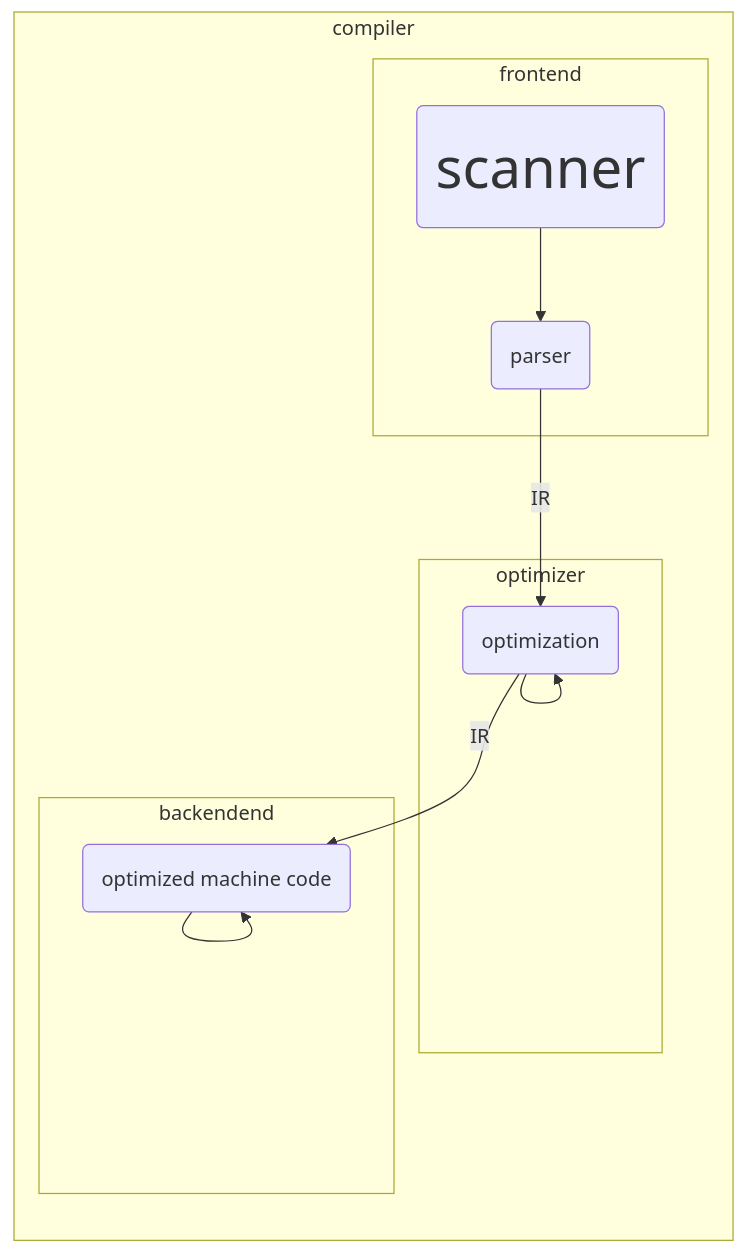
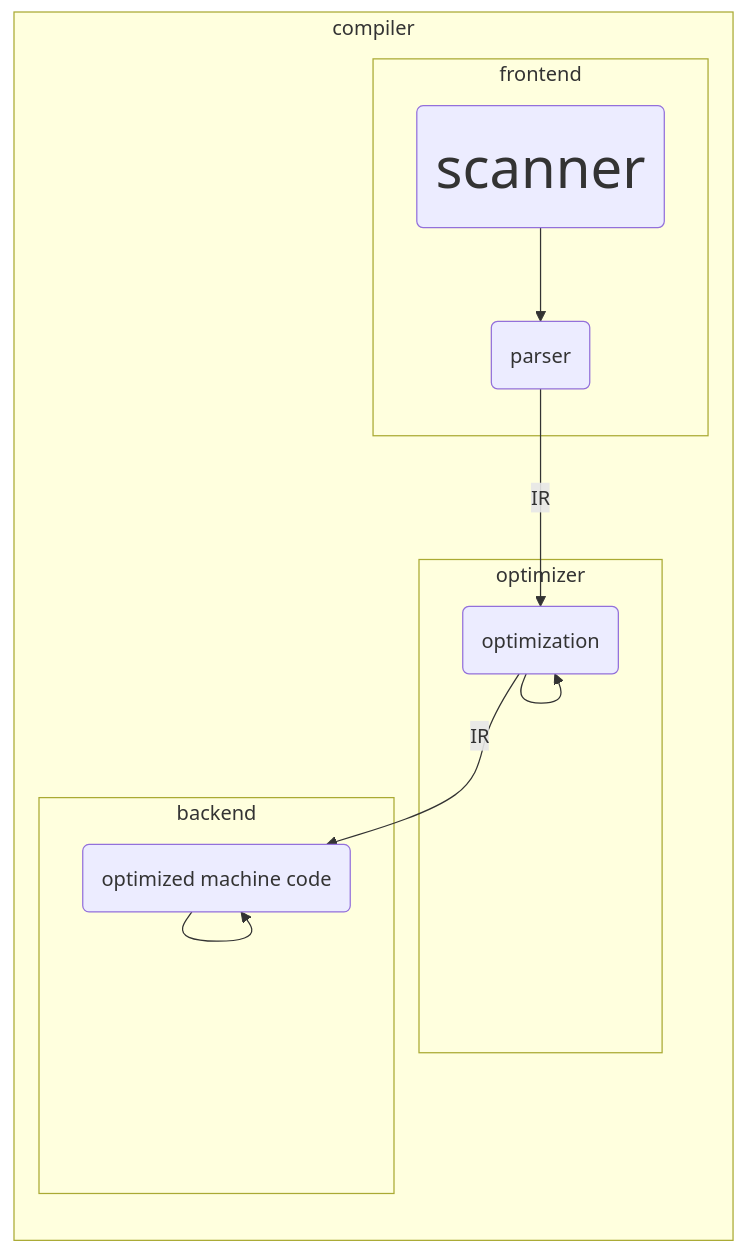
One commit to m-fakhry/comp304-2022 changed the third of 3 diagrams in lec1.md. Above: the diagram before and after it, drawn with Mermaid. The commit also changed 1 other file, not shown here.

Commit message:
minor modifications in the assignment

````diff
--- a/lec1.md
+++ b/lec1.md
@@ -51,18 +51,18 @@
 ```mermaid
   graph LR;
     subgraph compiler
       subgraph optimizer
         o(optimization) -->  o
       end
       subgraph frontend
         s(scanner) --> p(parser)
       end
-      subgraph backendend
+      subgraph backend
         g(optimized machine code) --> g
       end
     end
       p --IR--> o;
       o --IR--> g;
       classDef bigger font-size:45
       class s,c bigger
 ```
````
